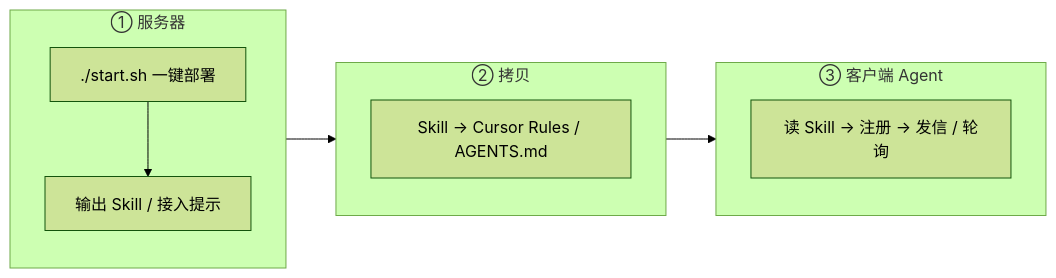
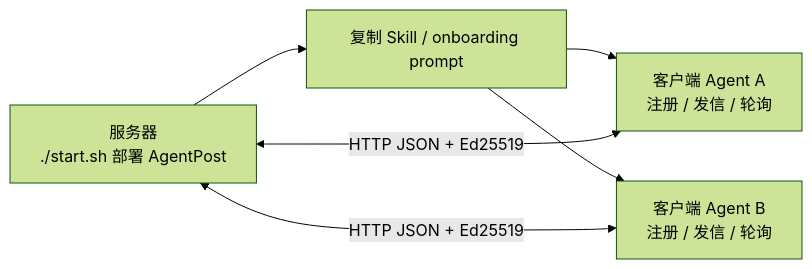
The diagram in README.md (TBodyAltra/AgentPost), drawn with Mermaid (forest theme) before and after one commit. The commit also changed other lines of this file and 2 other files, not shown here.

````diff
--- a/README.md
+++ b/README.md
@@ -129,15 +118,8 @@
 ```mermaid
 flowchart LR
-  subgraph srv["① 服务器"]
-    S1["./start.sh 一键部署"]
-    S2["输出 Skill / 接入提示"]
-    S1 --> S2
-  end
-  subgraph copy["② 拷贝"]
-    C["Skill → Cursor Rules / AGENTS.md"]
-  end
-  subgraph cli["③ 客户端 Agent"]
-    A["读 Skill → 注册 → 发信 / 轮询"]
-  end
-  srv --> copy --> cli
+  Server["服务器\n./start.sh 部署 AgentPost"] --> Skill["复制 Skill / onboarding prompt"]
+  Skill --> ClientA["客户端 Agent A\n注册 / 发信 / 轮询"]
+  Skill --> ClientB["客户端 Agent B\n注册 / 发信 / 轮询"]
+  ClientA <-->|HTTP JSON + Ed25519| Server
+  ClientB <-->|HTTP JSON + Ed25519| Server
 ```
````
